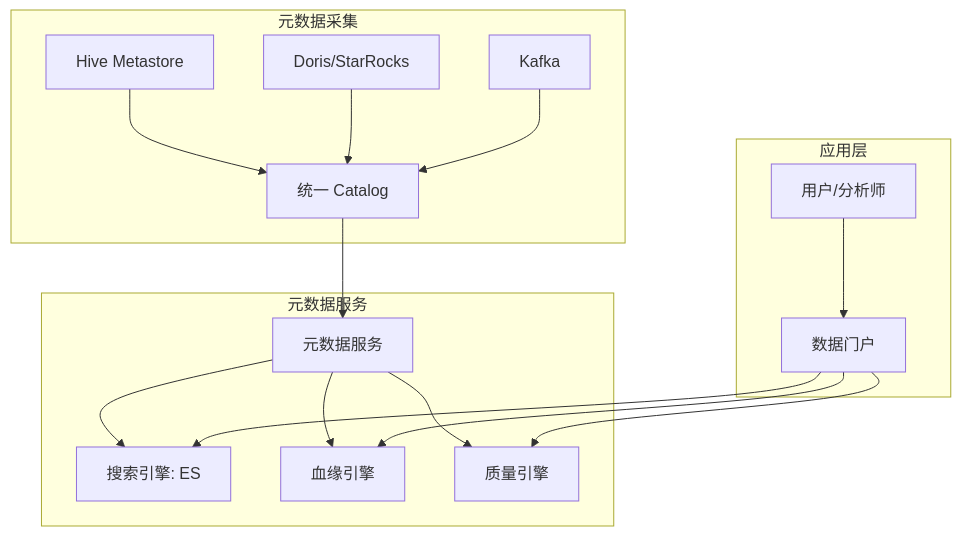
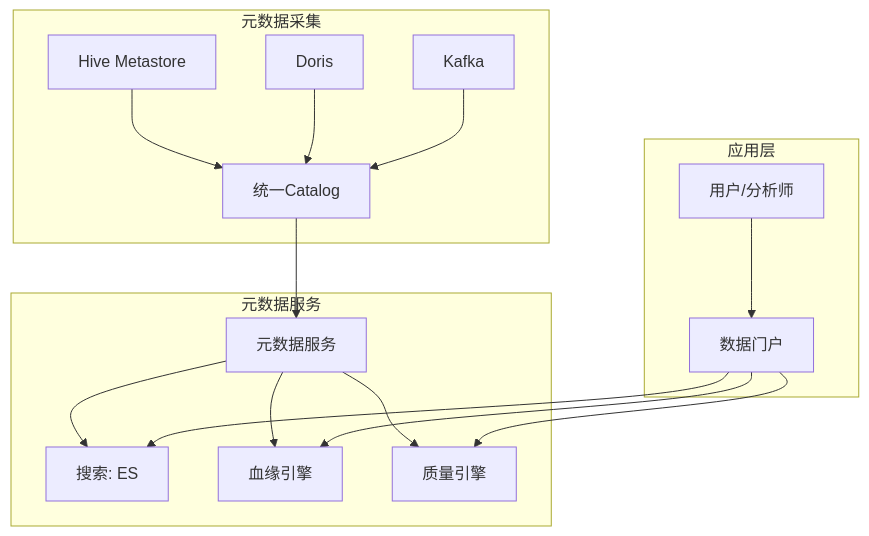
The third of 3 diagrams in 基础知识/大数据/17-数据服务化与指标管理.md (tghrxxxyyy/knowledge-base), drawn with Mermaid before and after one commit. The commit also changed other lines of this file and 9 other files, not shown here.

````diff
--- a/基础知识/大数据/17-数据服务化与指标管理.md
+++ b/基础知识/大数据/17-数据服务化与指标管理.md
@@ -151,20 +206,20 @@
 ```mermaid
-graph TB
+flowchart TB
     subgraph 元数据采集
-        HIVE[Hive Metastore] --> C[统一 Catalog]
-        DORIS[Doris/StarRocks] --> C
-        KAFKA[Kafka] --> C
+    HMS[Hive Metastore] --> C[统一Catalog]
+    DORIS[Doris] --> C
+    KAFKA[Kafka] --> C
     end
     subgraph 元数据服务
-        C --> META[元数据服务]
-        META --> SEARCH[搜索引擎: ES]
-        META --> LINEAGE[血缘引擎]
-        META --> QUALITY[质量引擎]
+    C --> META[元数据服务]
+    META --> SEARCH[搜索: ES]
+    META --> LINEAGE[血缘引擎]
+    META --> QUALITY[质量引擎]
     end
     subgraph 应用层
-        U[用户/分析师] --> PORTAL[数据门户]
-        PORTAL --> SEARCH
-        PORTAL --> LINEAGE
-        PORTAL --> QUALITY
+    U[用户/分析师] --> PORTAL[数据门户]
+    PORTAL --> SEARCH
+    PORTAL --> LINEAGE
+    PORTAL --> QUALITY
     end
 ```
````
